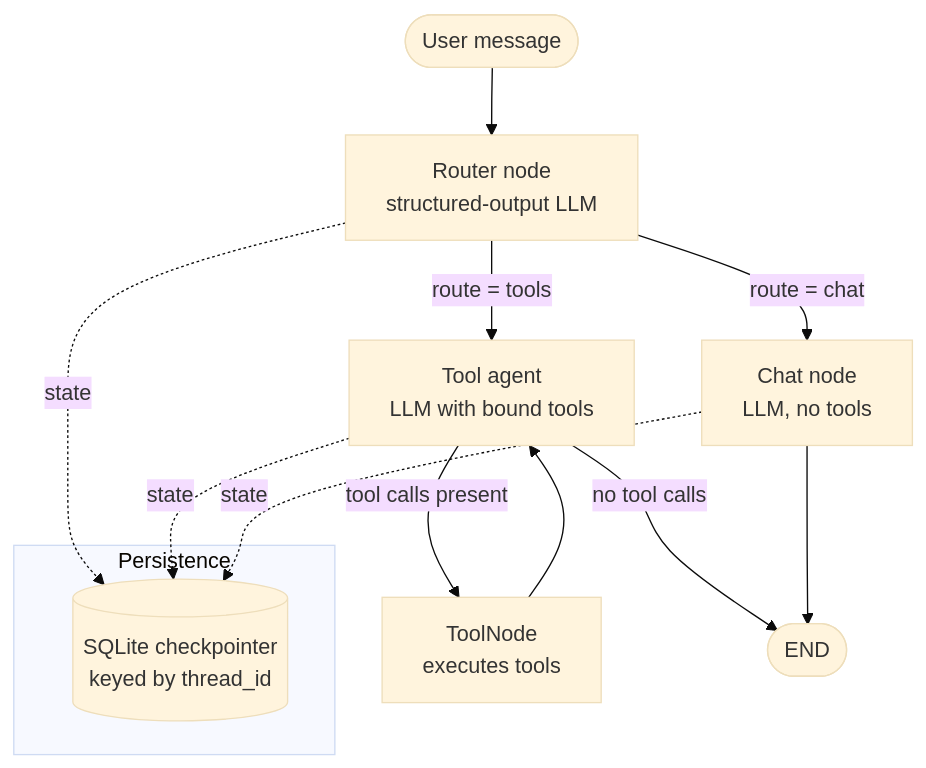
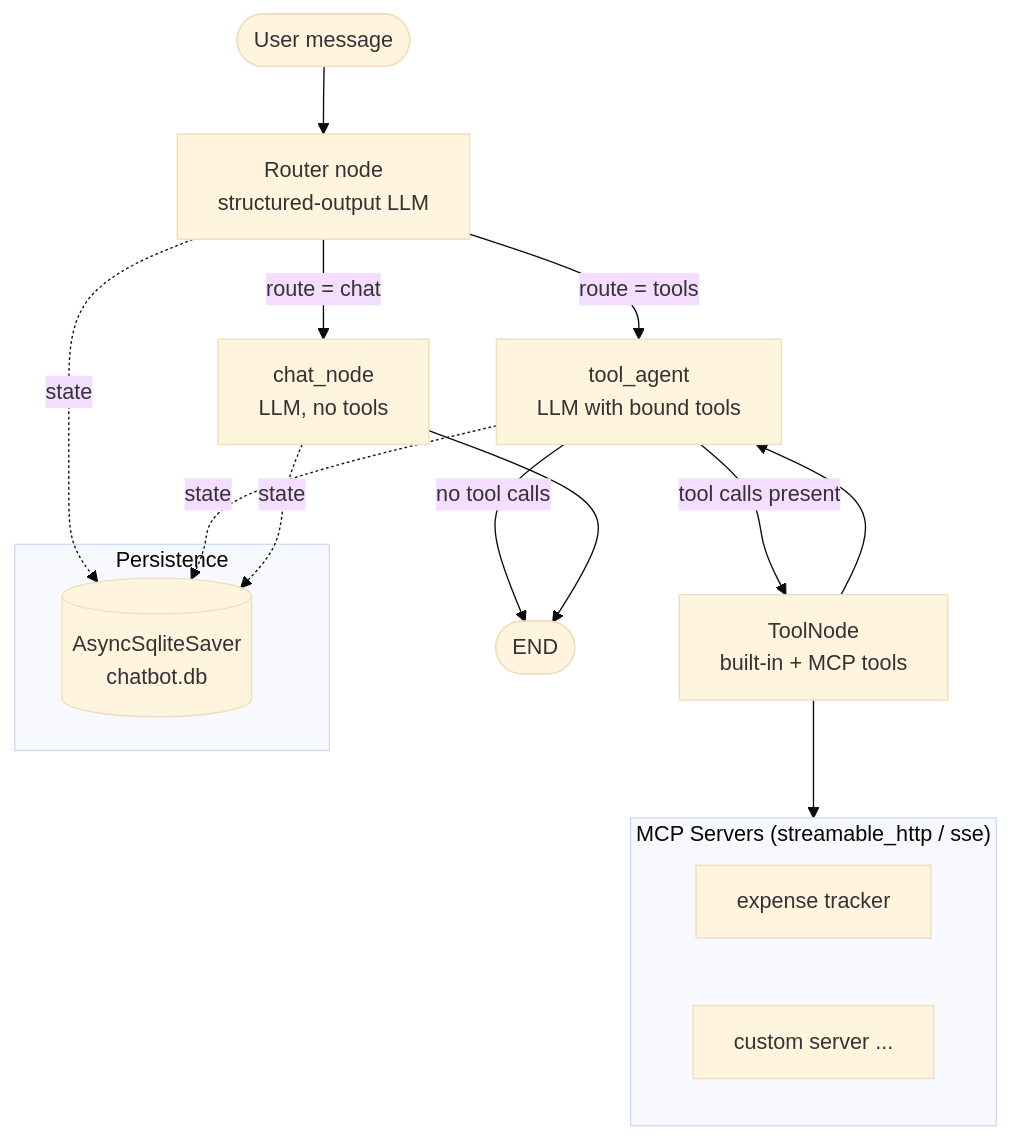
Before and after one commit to Ankitkumar1141/ChatBot: the diagram in README.md, drawn with Mermaid (base theme). The commit also changed other lines of this file, not shown here.

Commit message:
Update documentation and project roadmap in README

````diff
--- a/README.md
+++ b/README.md
@@ -61,17 +63,23 @@
 ```mermaid
 flowchart TD
     U([User message]) --> R[Router node<br/>structured-output LLM]
-    R -->|route = chat| C[Chat node<br/>LLM, no tools]
-    R -->|route = tools| A[Tool agent<br/>LLM with bound tools]
-    A -->|tool calls present| T[ToolNode<br/>executes tools]
+    R -->|route = chat| C[chat_node<br/>LLM, no tools]
+    R -->|route = tools| A[tool_agent<br/>LLM with bound tools]
+    A -->|tool calls present| T[ToolNode<br/>built-in + MCP tools]
     T --> A
     A -->|no tool calls| E([END])
     C --> E
 
+    subgraph MCP["MCP Servers (streamable_http / sse)"]
+      M1[expense tracker]
+      M2[custom server ...]
+    end
+    T --> MCP
+
     subgraph Persistence
-      S[(SQLite checkpointer<br/>keyed by thread_id)]
+      S[(AsyncSqliteSaver<br/>chatbot.db)]
     end
     R -.state.-> S
     A -.state.-> S
     C -.state.-> S
 ```
````
